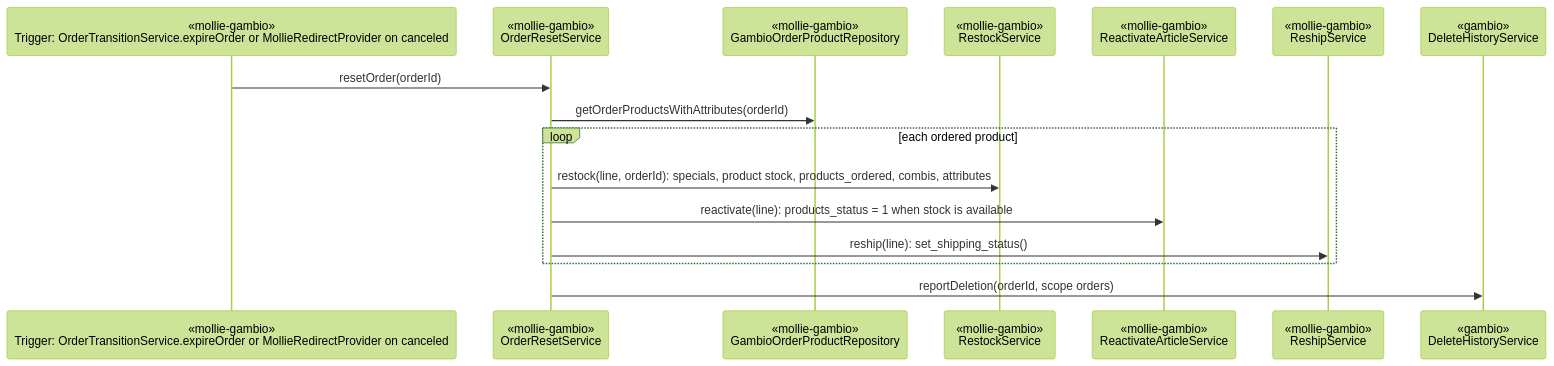
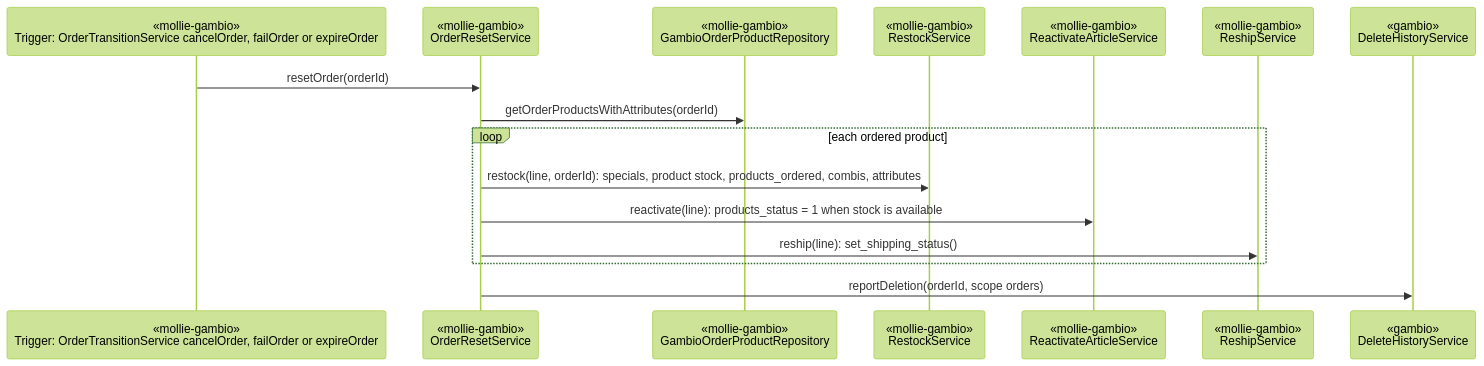
One commit to logeecom/gambio changed the eighth of 9 diagrams in DESIGN.md. Above: the diagram before and after it, drawn with Mermaid (forest theme). The commit also changed other lines of this file and 12 other files, not shown here.

````diff
--- a/DESIGN.md
+++ b/DESIGN.md
@@ -416,19 +458,19 @@
 ```mermaid
 sequenceDiagram
-    participant T as «mollie-gambio»<br/>Trigger: OrderTransitionService.expireOrder or MollieRedirectProvider on canceled
+    participant T as «mollie-gambio»<br/>Trigger: OrderTransitionService cancelOrder, failOrder or expireOrder
     participant RS as «mollie-gambio»<br/>OrderResetService
     participant OPR as «mollie-gambio»<br/>GambioOrderProductRepository
     participant ST as «mollie-gambio»<br/>RestockService
     participant RA as «mollie-gambio»<br/>ReactivateArticleService
     participant SH as «mollie-gambio»<br/>ReshipService
     participant DH as «gambio»<br/>DeleteHistoryService
 
     T->>RS: resetOrder(orderId)
     RS->>OPR: getOrderProductsWithAttributes(orderId)
     loop each ordered product
         RS->>ST: restock(line, orderId): specials, product stock, products_ordered, combis, attributes
         RS->>RA: reactivate(line): products_status = 1 when stock is available
         RS->>SH: reship(line): set_shipping_status()
     end
     RS->>DH: reportDeletion(orderId, scope orders)
 ```
````
